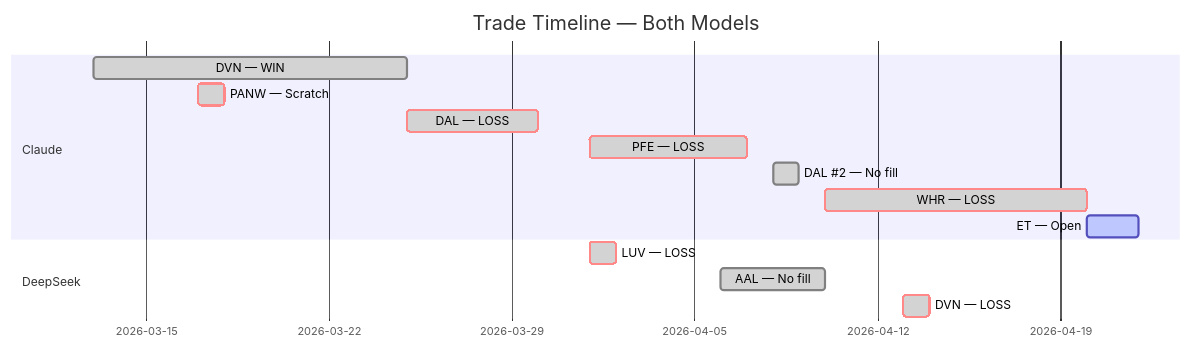
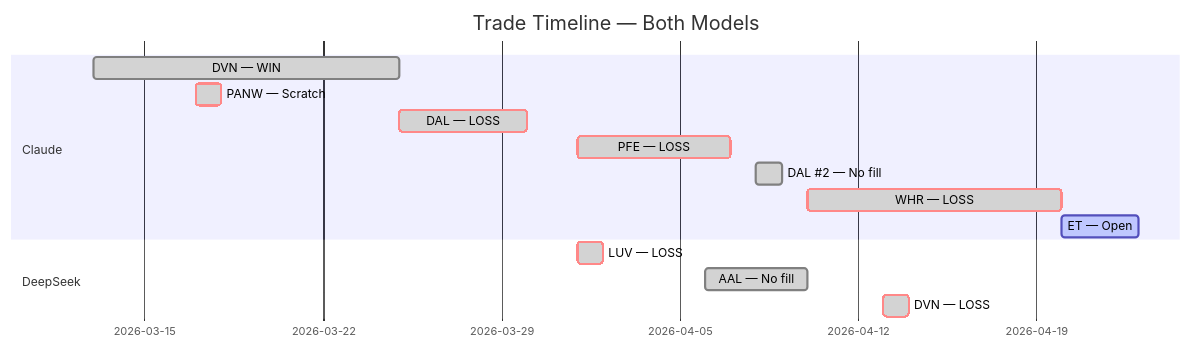
The fifth of 5 diagrams in README.md (zachisit/ai-auto-buy-thesis), drawn with Mermaid before and after one commit. The commit also changed other lines of this file and 2 other files, not shown here.

Commit message:
Add 04-22 sessions; update README with open-ended ceasefire extension and ET day 3 No Demand signal

````diff
--- a/README.md
+++ b/README.md
@@ -62,17 +62,17 @@
 ```mermaid
 gantt
     title Trade Timeline — Both Models
     dateFormat YYYY-MM-DD
     section Claude
     DVN — WIN            :done,    2026-03-13, 2026-03-25
     PANW — Scratch       :crit, done, 2026-03-17, 2026-03-18
     DAL — LOSS           :crit, done, 2026-03-25, 2026-03-30
     PFE — LOSS           :crit, done, 2026-04-01, 2026-04-07
     DAL #2 — No fill     :done,    2026-04-08, 2026-04-09
     WHR — LOSS           :crit, done, 2026-04-10, 2026-04-20
-    ET — Open            :active,  2026-04-20, 2026-04-22
+    ET — Open            :active,  2026-04-20, 2026-04-23
     section DeepSeek
     LUV — LOSS           :crit, done, 2026-04-01, 2026-04-02
     AAL — No fill        :done,    2026-04-06, 2026-04-10
     DVN — LOSS           :crit, done, 2026-04-13, 2026-04-14
 ```
````
